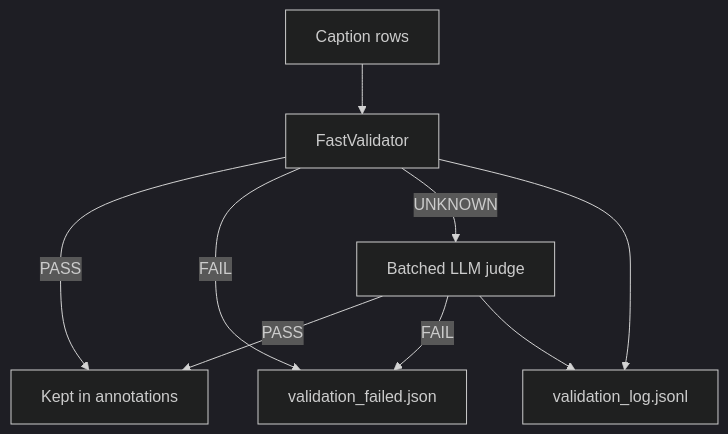
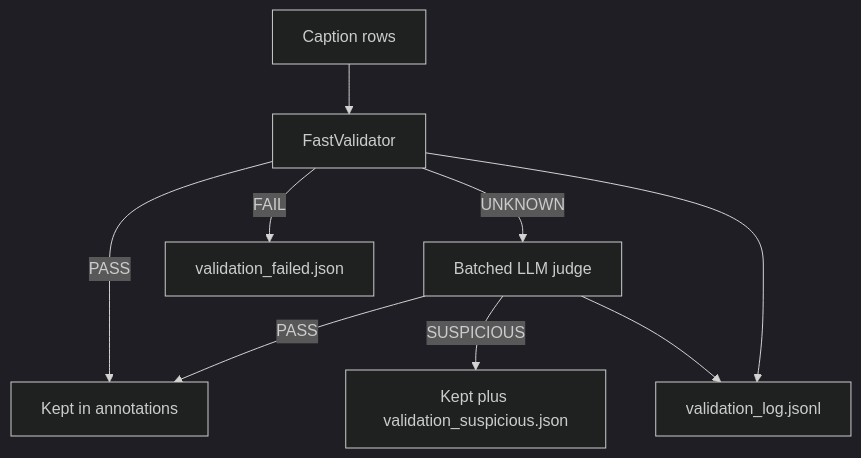
Before and after one commit to MahdiRuzmeh/ImageCaptioningImprovedVisualQuestionAnswering: the diagram in QuestionDependentCaptionGenerator/validation/README.md, drawn with Mermaid (dark theme). The commit also changed other lines of this file and 16 other files, not shown here.

Commit message:
Chore: 1-Remove "When unsure, choice VISUAL" from classifier prompt. 2-Remove LLM classifier hard reject and just log suspicious items. 3-Add some filter to fast validator.

````diff
--- a/QuestionDependentCaptionGenerator/validation/README.md
+++ b/QuestionDependentCaptionGenerator/validation/README.md
@@ -13,11 +13,11 @@
 ```mermaid
 flowchart TD
   Rows[Caption rows] --> Fast[FastValidator]
   Fast -->|PASS| Keep[Kept in annotations]
   Fast -->|FAIL| Sidecar[validation_failed.json]
   Fast -->|UNKNOWN| LLM[Batched LLM judge]
   LLM -->|PASS| Keep
-  LLM -->|FAIL| Sidecar
+  LLM -->|SUSPICIOUS| KeepSus[Kept plus validation_suspicious.json]
   Fast --> Log[validation_log.jsonl]
   LLM --> Log
 ```
````
